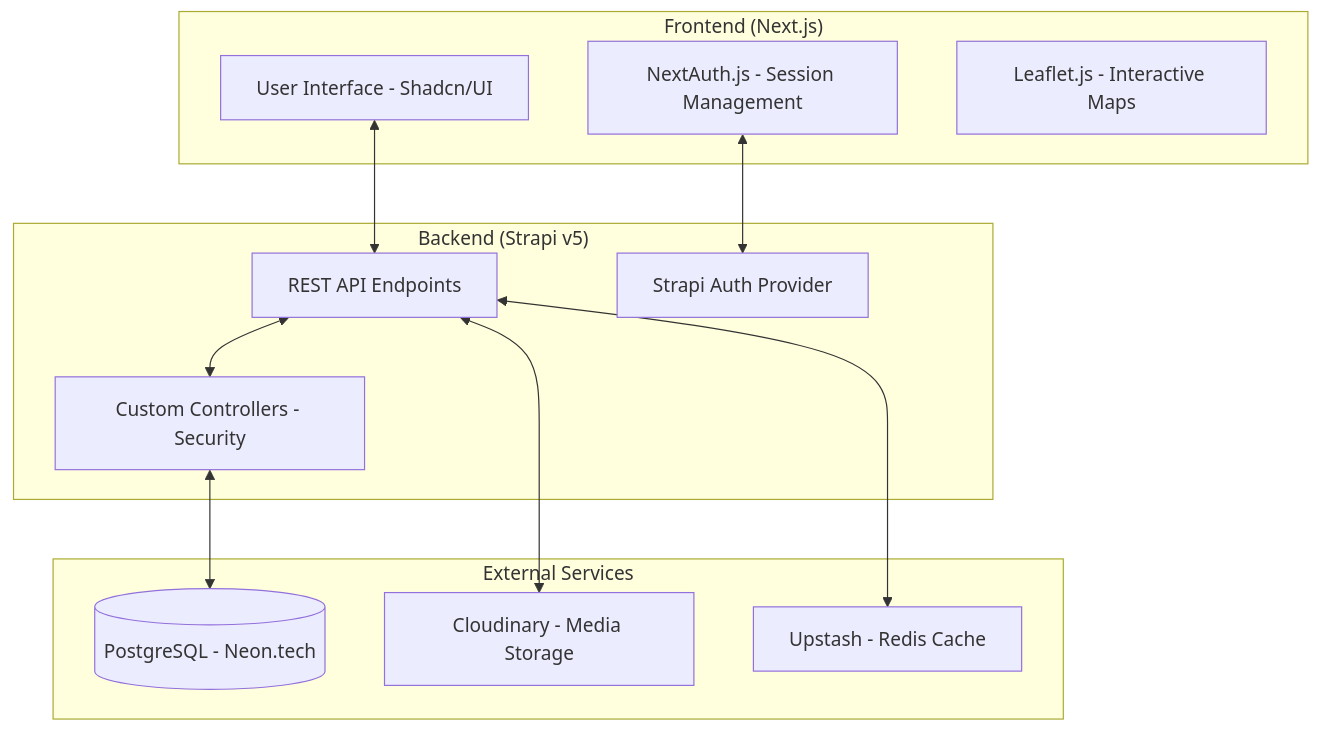
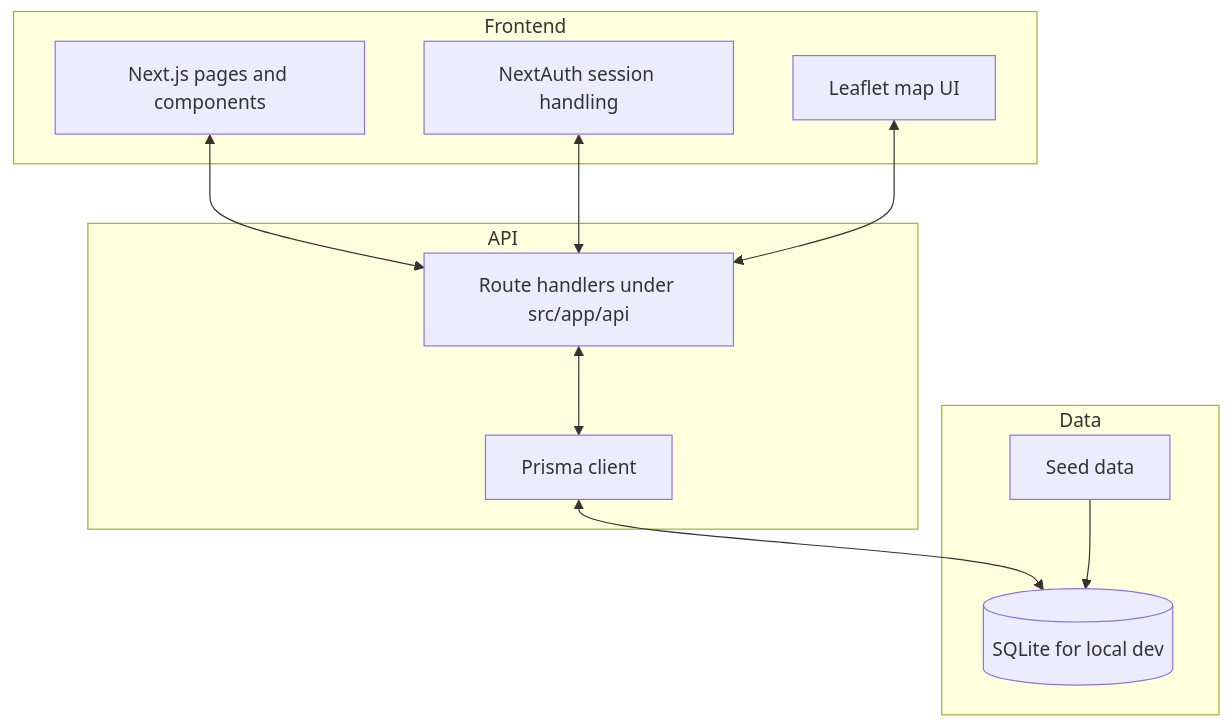
Before and after one commit to kingpin147/event-discovery-and-comunity-enagagement-plateform: the third of 4 diagrams in project_flowcharts.md, drawn with Mermaid. The commit also changed other lines of this file and 6 other files, not shown here.

Commit message:
Refactor project documentation for unified Next.js application; update README, implementation plan, project instructions, flowcharts, route guide, viva guide, and zero-to-hero guide to reflect current architecture and features.

````diff
--- a/project_flowcharts.md
+++ b/project_flowcharts.md
@@ -54,27 +33,25 @@
 ```mermaid
 graph TD
-    subgraph "Frontend (Next.js)"
-        UI[User Interface - Shadcn/UI]
-        NextAuth[NextAuth.js - Session Management]
-        Leaflet[Leaflet.js - Interactive Maps]
+    subgraph Frontend
+        UI[Next.js pages and components]
+        Auth[NextAuth session handling]
+        Maps[Leaflet map UI]
     end
 
-    subgraph "Backend (Strapi v5)"
-        API[REST API Endpoints]
-        Controllers[Custom Controllers - Security]
-        Auth[Strapi Auth Provider]
+    subgraph API
+        Routes[Route handlers under src/app/api]
+        Prisma[Prisma client]
     end
 
-    subgraph "External Services"
-        DB[(PostgreSQL - Neon.tech)]
-        CDN[Cloudinary - Media Storage]
-        Redis[Upstash - Redis Cache]
+    subgraph Data
+        DB[(SQLite for local dev)]
+        Seed[Seed data]
     end
 
-    UI <--> API
-    NextAuth <--> Auth
-    API <--> Controllers
-    Controllers <--> DB
-    API <--> Redis
-    API <--> CDN
+    UI <--> Routes
+    Auth <--> Routes
+    Maps <--> Routes
+    Routes <--> Prisma
+    Prisma <--> DB
+    Seed --> DB
 ```
````
